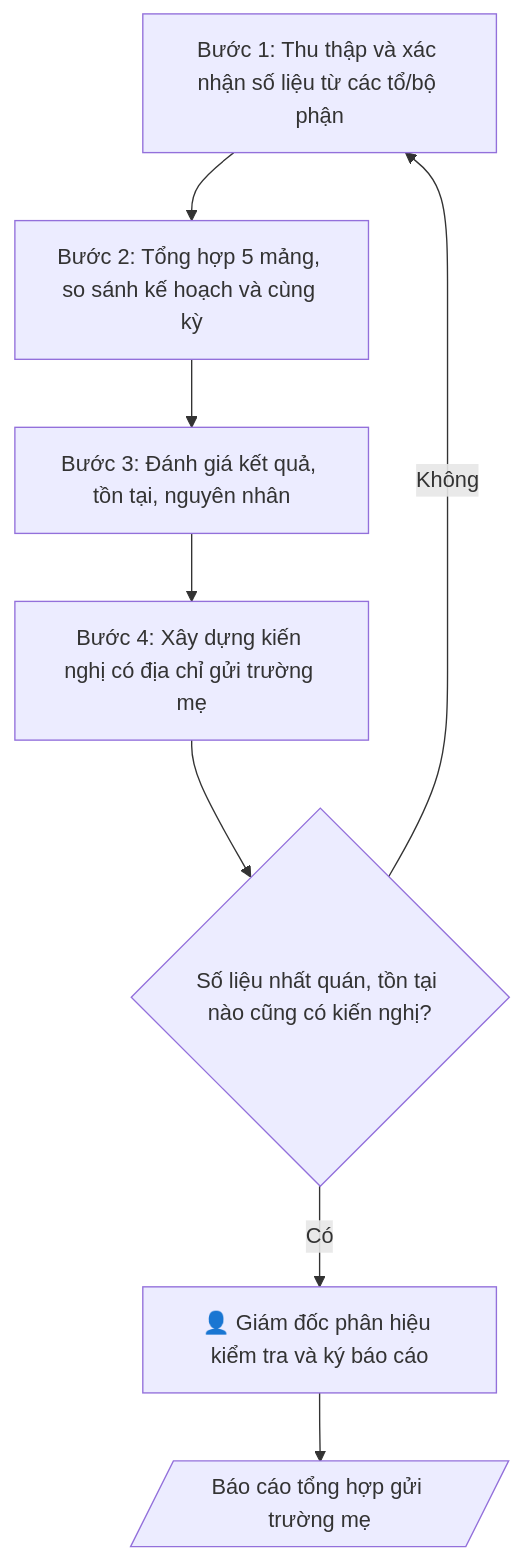
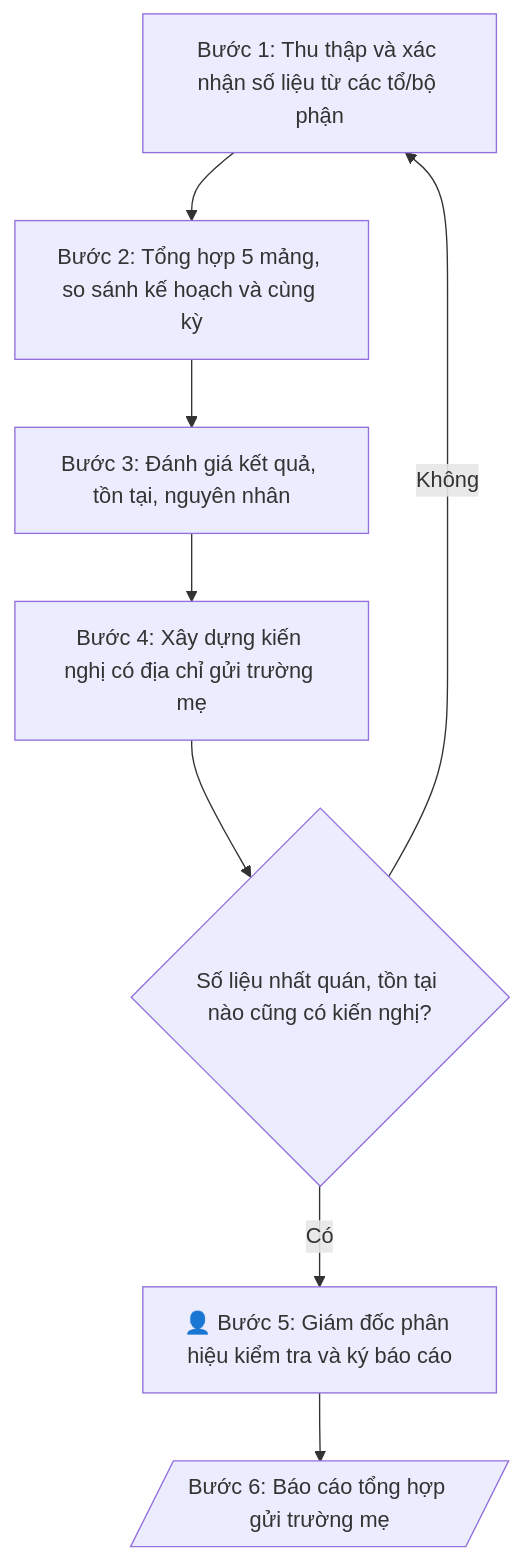
One commit to phamtruong91/dh-skills changed the diagram in skills/bao-cao-tong-hop-phan-hieu/SKILL.md. Above: the diagram before and after it, drawn with Mermaid. The commit also changed 124 other files, not shown here.

````diff
--- a/skills/bao-cao-tong-hop-phan-hieu/SKILL.md
+++ b/skills/bao-cao-tong-hop-phan-hieu/SKILL.md
@@ -85,13 +85,13 @@
 ```mermaid
 flowchart TD
     A["Bước 1: Thu thập và xác nhận số liệu từ các tổ/bộ phận"]
     B["Bước 2: Tổng hợp 5 mảng, so sánh kế hoạch và cùng kỳ"]
     C["Bước 3: Đánh giá kết quả, tồn tại, nguyên nhân"]
     D["Bước 4: Xây dựng kiến nghị có địa chỉ gửi trường mẹ"]
     E{"Số liệu nhất quán, tồn tại nào cũng có kiến nghị?"}
-    HG["👤 Giám đốc phân hiệu kiểm tra và ký báo cáo"]
-    O[/"Báo cáo tổng hợp gửi trường mẹ"/]
+    HG["👤 Bước 5: Giám đốc phân hiệu kiểm tra và ký báo cáo"]
+    O[/"Bước 6: Báo cáo tổng hợp gửi trường mẹ"/]
     A --> B --> C --> D --> E
     E -->|Không| A
     E -->|Có| HG --> O
 ```
````
